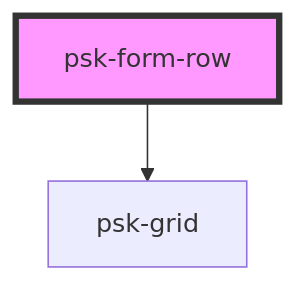
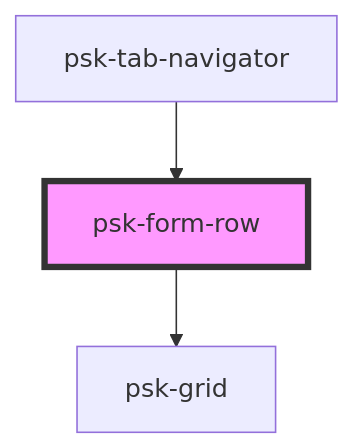
The diagram in src/components/form-components/psk-form-row/readme.md (daniel-visoiu/cardinal), drawn with Mermaid before and after one commit. The commit also changed other lines of this file and 7 other files, not shown here.

First line of the commit message:
psk-tab-navigator

````diff
--- a/src/components/form-components/psk-form-row/readme.md
+++ b/src/components/form-components/psk-form-row/readme.md
@@ -22,5 +26,6 @@
 ```mermaid
 graph TD;
   psk-form-row --> psk-grid
+  psk-tab-navigator --> psk-form-row
   style psk-form-row fill:#f9f,stroke:#333,stroke-width:4px
 ```
````
